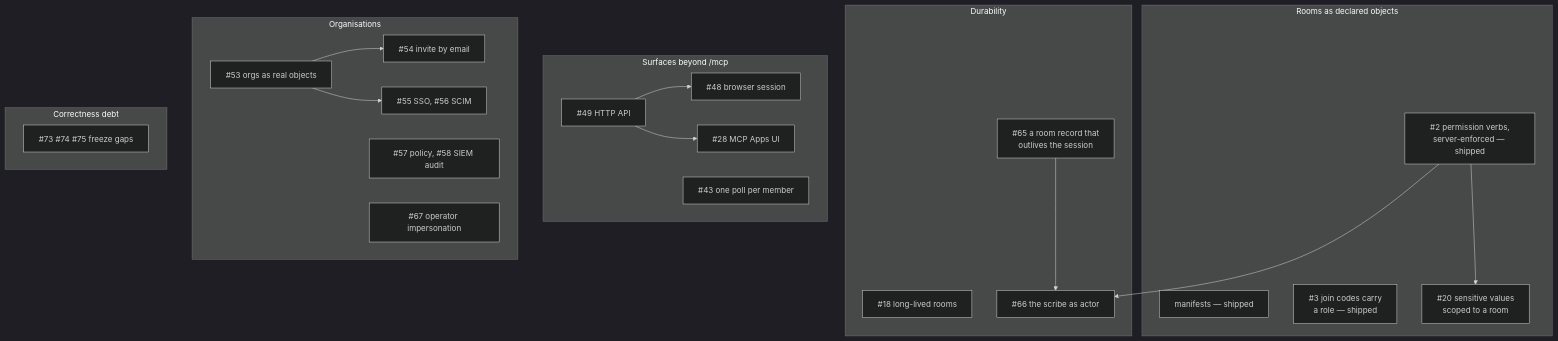
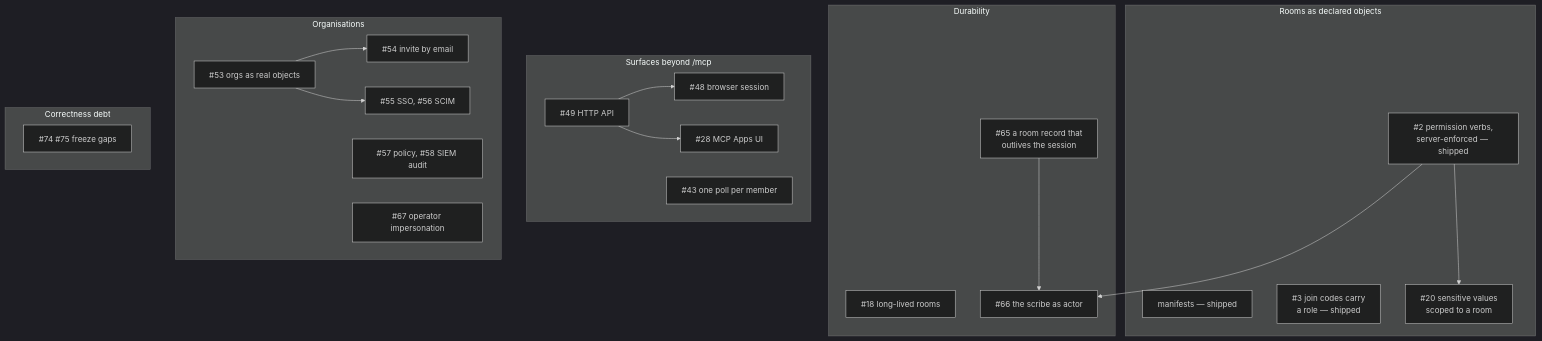
Before and after one commit to bellman-sh/bellman: the seventh of 7 diagrams in docs/ARCHITECTURE.md, drawn with Mermaid (dark theme). The commit also changed other lines of this file and 1 other file, not shown here.

````diff
--- a/docs/ARCHITECTURE.md
+++ b/docs/ARCHITECTURE.md
@@ -668,38 +670,38 @@
 ```mermaid
 flowchart TB
     subgraph A["Rooms as declared objects"]
         A1["manifests — shipped"]
         A2["#2 permission verbs,<br/>server-enforced — shipped"]
         A3["#3 join codes carry<br/>a role — shipped"]
         A4["#20 sensitive values<br/>scoped to a room"]
     end
     subgraph B["Durability"]
         B1["#18 long-lived rooms"]
         B2["#65 a room record that<br/>outlives the session"]
         B3["#66 the scribe as actor"]
     end
     subgraph C["Surfaces beyond /mcp"]
         C1["#49 HTTP API"]
         C2["#48 browser session"]
         C3["#28 MCP Apps UI"]
         C4["#43 one poll per member"]
     end
     subgraph D["Organisations"]
         D1["#53 orgs as real objects"]
         D2["#54 invite by email"]
         D3["#55 SSO, #56 SCIM"]
         D4["#57 policy, #58 SIEM audit"]
         D5["#67 operator impersonation"]
     end
     subgraph E["Correctness debt"]
-        E3["#73 #74 #75 freeze gaps"]
+        E3["#74 #75 freeze gaps"]
     end
 
     A2 --> A4
     A2 --> B3
     B2 --> B3
     C1 --> C2
     C1 --> C3
     D1 --> D2
     D1 --> D3
 ```
````
